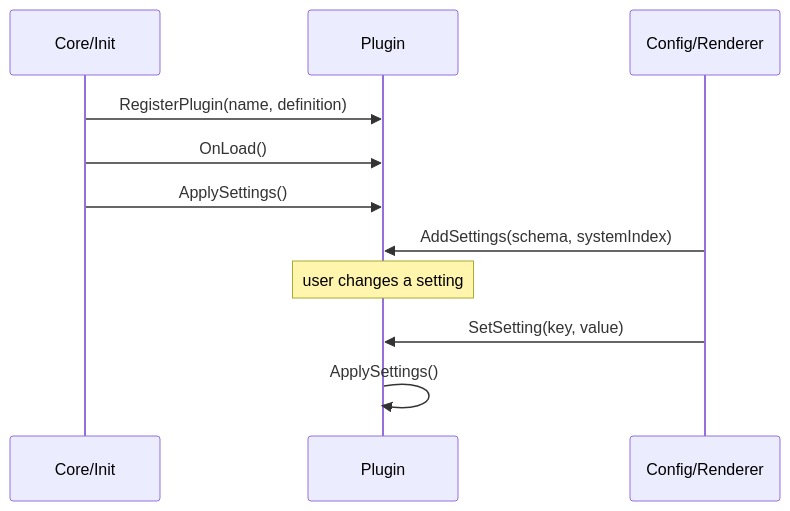
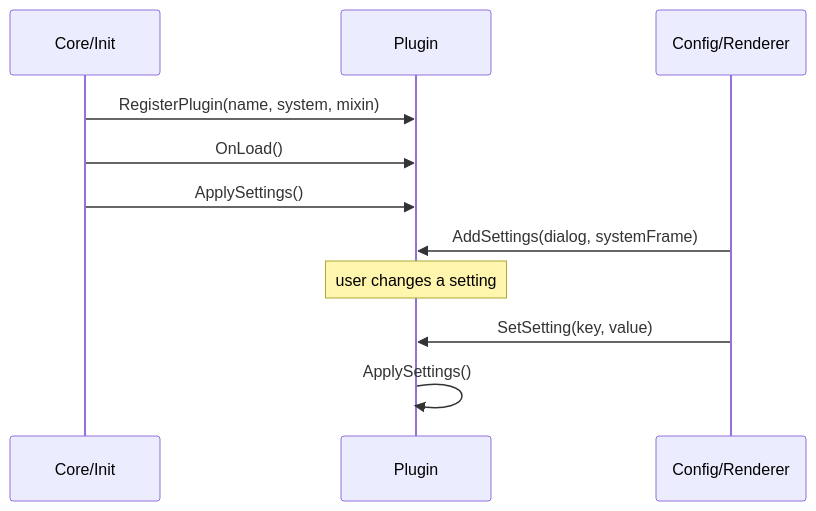
Before and after one commit to MoONSHO7/Orbit: the diagram in Orbit/Plugins/README.md, drawn with Mermaid. The commit also changed other lines of this file and 195 other files, not shown here.

````diff
--- a/Orbit/Plugins/README.md
+++ b/Orbit/Plugins/README.md
@@ -30,14 +31,14 @@
 ```mermaid
 sequenceDiagram
     participant Core as Core/Init
     participant Plugin as Plugin
     participant Settings as Config/Renderer
 
-    Core->>Plugin: RegisterPlugin(name, definition)
+    Core->>Plugin: RegisterPlugin(name, system, mixin)
     Core->>Plugin: OnLoad()
     Core->>Plugin: ApplySettings()
-    Settings->>Plugin: AddSettings(schema, systemIndex)
+    Settings->>Plugin: AddSettings(dialog, systemFrame)
     Note over Plugin: user changes a setting
     Settings->>Plugin: SetSetting(key, value)
     Plugin->>Plugin: ApplySettings()
 ```
````
